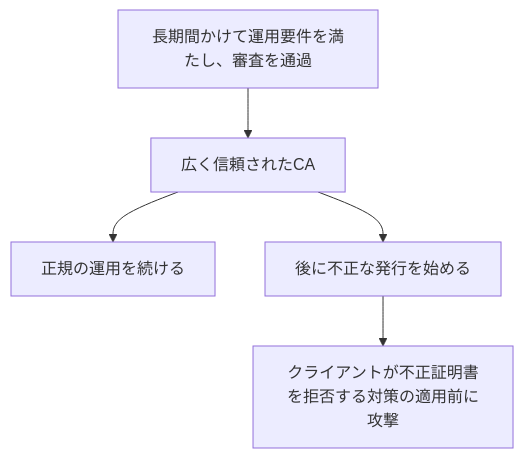
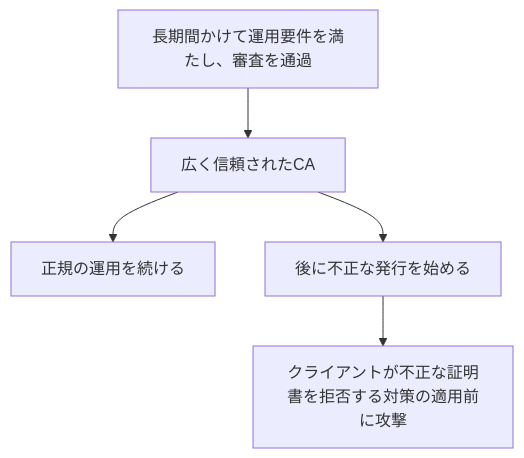
Before and after one commit to aurora1530/learning-materials: the tenth of 10 diagrams in docs/security/20261113-tls-pki-emudhra.md, drawn with Mermaid. The commit also changed other lines of this file, not shown here.

````diff
--- a/docs/security/20261113-tls-pki-emudhra.md
+++ b/docs/security/20261113-tls-pki-emudhra.md
@@ -364,7 +359,7 @@
 ```mermaid
 flowchart TD
     A["長期間かけて運用要件を満たし、審査を通過"] --> B["広く信頼されたCA"]
     B --> C["正規の運用を続ける"]
     B --> D["後に不正な発行を始める"]
-    D --> E["クライアントが不正証明書を拒否する対策の適用前に攻撃"]
+    D --> E["クライアントが不正な証明書を拒否する対策の適用前に攻撃"]
 ```
````
